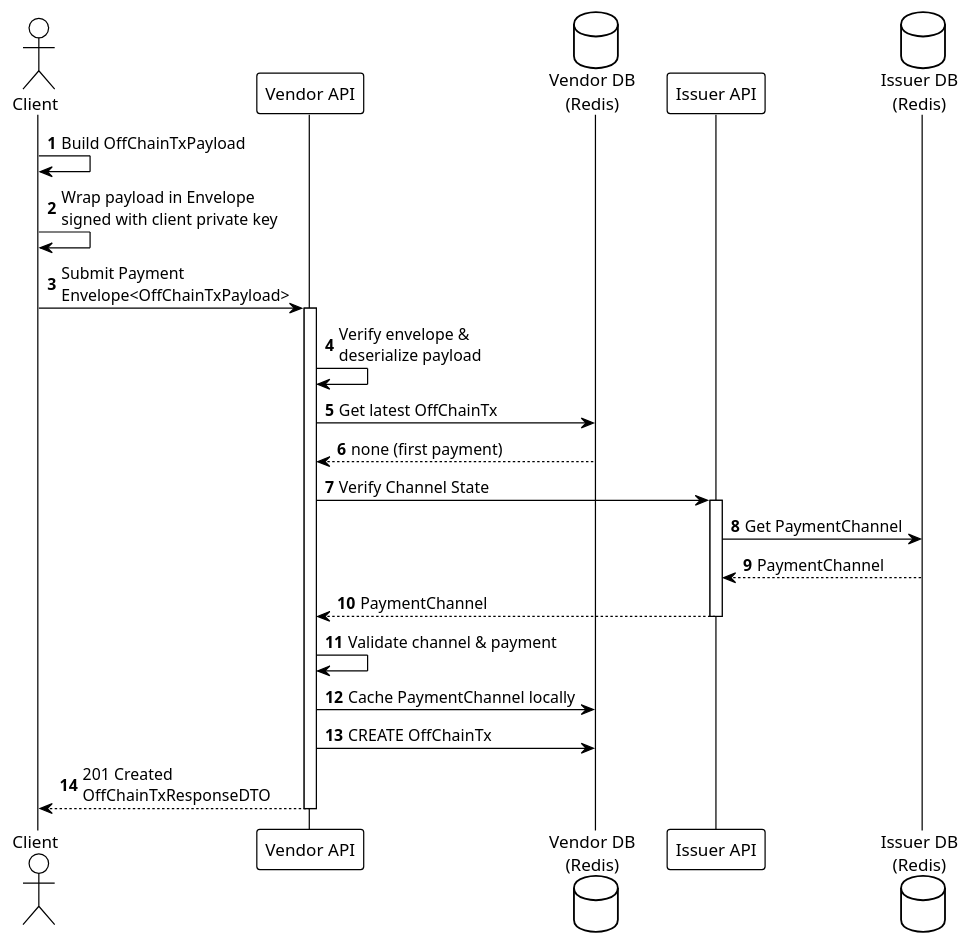
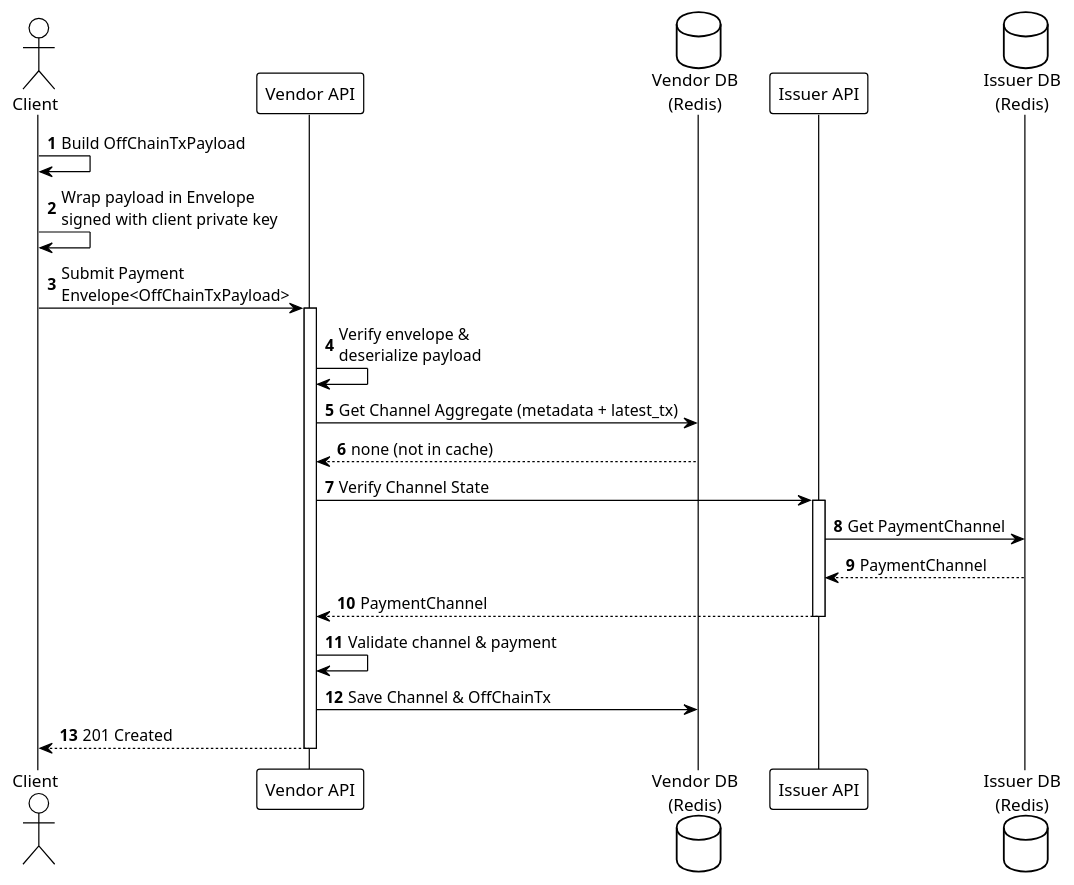
Before and after one commit to otaviootavio/nanomoni: the diagram in umls/phase2a-first-payment.puml, drawn with PlantUML. The commit also changed 23 other files, not shown here.

```diff
--- a/umls/phase2a-first-payment.puml
+++ b/umls/phase2a-first-payment.puml
@@ -1,39 +1,37 @@
 @startuml Phase2a_First_Payment
 
 !theme plain
 autonumber
 
 actor "Client" as Client
 participant "Vendor API" as Vendor
 database "Vendor DB\n(Redis)" as VendorDB
 participant "Issuer API" as Issuer
 database "Issuer DB\n(Redis)" as IssuerDB
 
 Client -> Client: Build OffChainTxPayload
 Client -> Client: Wrap payload in Envelope\nsigned with client private key
 
 Client -> Vendor: Submit Payment\nEnvelope<OffChainTxPayload>
 activate Vendor
 
 Vendor -> Vendor: Verify envelope &\ndeserialize payload
 
-Vendor -> VendorDB: Get latest OffChainTx
-VendorDB --> Vendor: none (first payment)
+Vendor -> VendorDB: Get Channel Aggregate (metadata + latest_tx)
+VendorDB --> Vendor: none (not in cache)
 
 Vendor -> Issuer: Verify Channel State
 activate Issuer
 Issuer -> IssuerDB: Get PaymentChannel
 IssuerDB --> Issuer: PaymentChannel
 Issuer --> Vendor: PaymentChannel
 deactivate Issuer
 
 Vendor -> Vendor: Validate channel & payment
 
-Vendor -> VendorDB: Cache PaymentChannel locally
+Vendor -> VendorDB: Save Channel & OffChainTx
 
-Vendor -> VendorDB: CREATE OffChainTx
-
-Vendor --> Client: 201 Created\nOffChainTxResponseDTO
+Vendor --> Client: 201 Created
 deactivate Vendor
 
 @enduml
```
